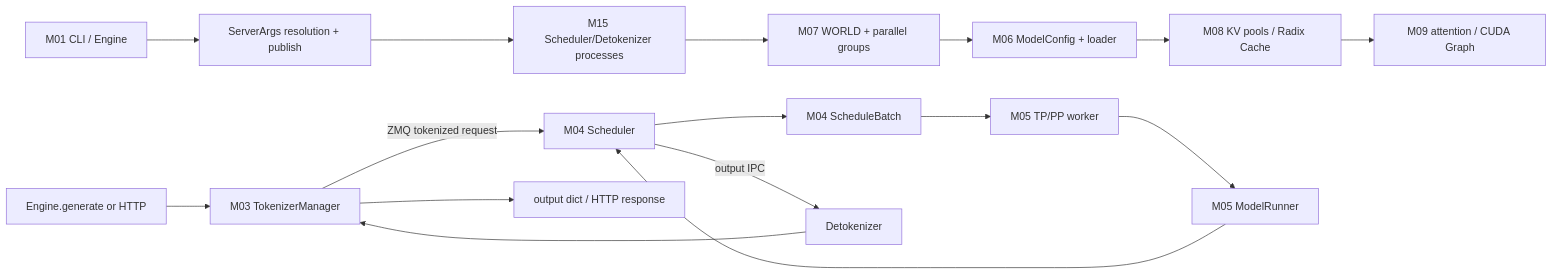
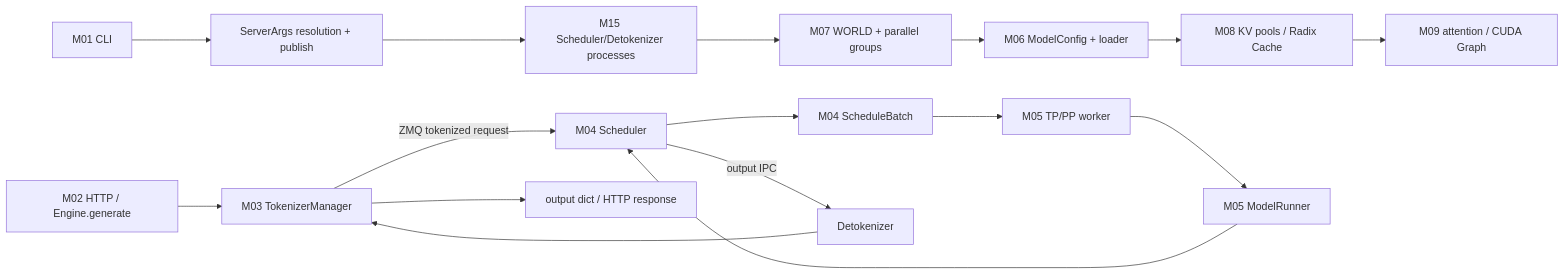
Before and after one commit to visionarywind/Projects: the diagram in sglang/90-cross-module/system-wiring.md, drawn with Mermaid. The commit also changed other lines of this file and 232 other files, not shown here.

````diff
--- a/sglang/90-cross-module/system-wiring.md
+++ b/sglang/90-cross-module/system-wiring.md
@@ -17,18 +17,18 @@
 ```mermaid
 flowchart LR
-    CLI[M01 CLI / Engine] --> CFG[ServerArgs resolution + publish]
+    CLI[M01 CLI] --> CFG[ServerArgs resolution + publish]
     CFG --> PROC[M15 Scheduler/Detokenizer processes]
     PROC --> DIST[M07 WORLD + parallel groups]
     DIST --> LOAD[M06 ModelConfig + loader]
     LOAD --> MEM[M08 KV pools / Radix Cache]
     MEM --> BACKEND[M09 attention / CUDA Graph]
-    API[Engine.generate or HTTP] --> M03[M03 TokenizerManager]
+    API[M02 HTTP / Engine.generate] --> M03[M03 TokenizerManager]
     M03 -->|ZMQ tokenized request| S[M04 Scheduler]
     S --> B[M04 ScheduleBatch]
     B --> W[M05 TP/PP worker]
     W --> R[M05 ModelRunner]
     R --> S
     S -->|output IPC| DET[Detokenizer]
     DET --> M03
     M03 --> OUT[output dict / HTTP response]
 ```
````
